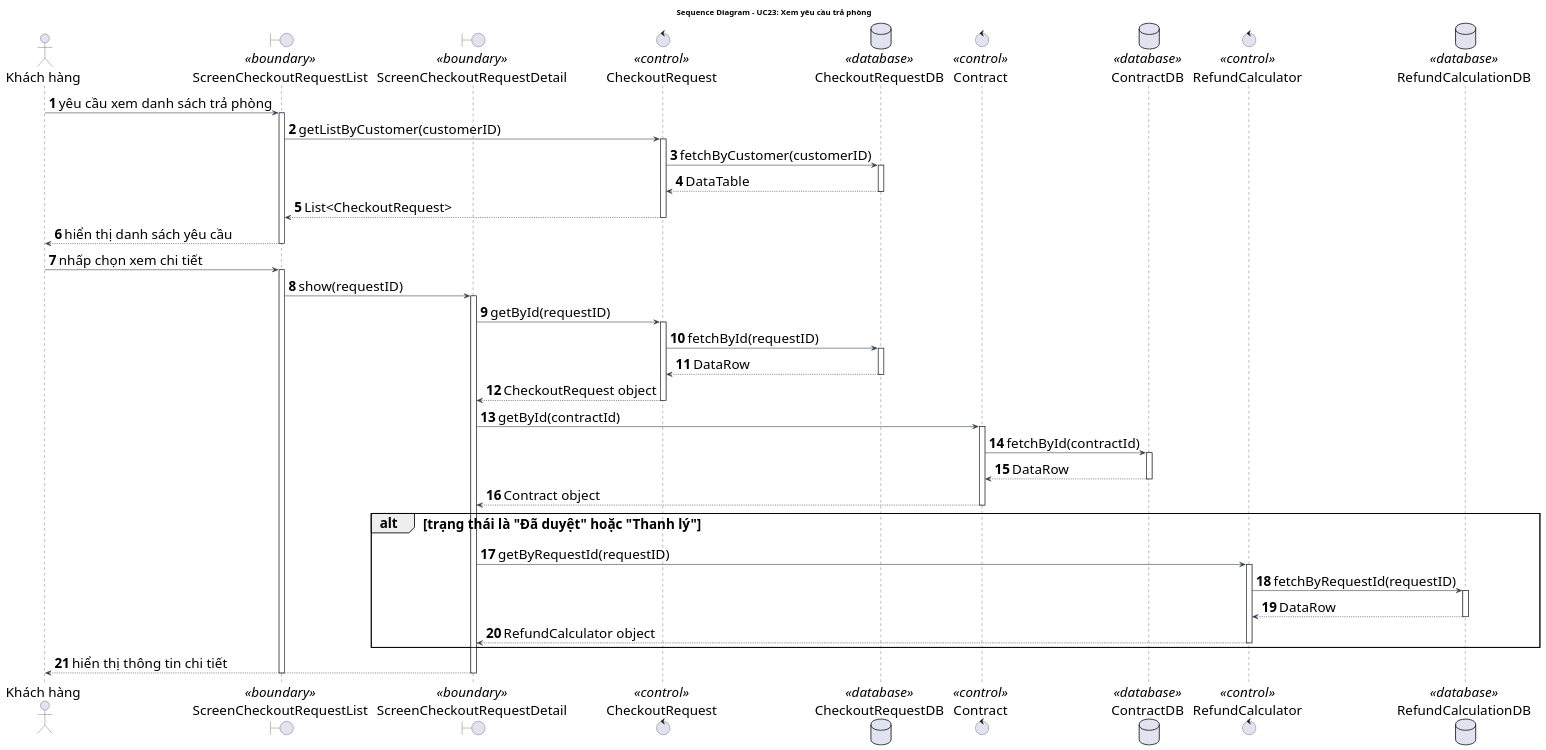
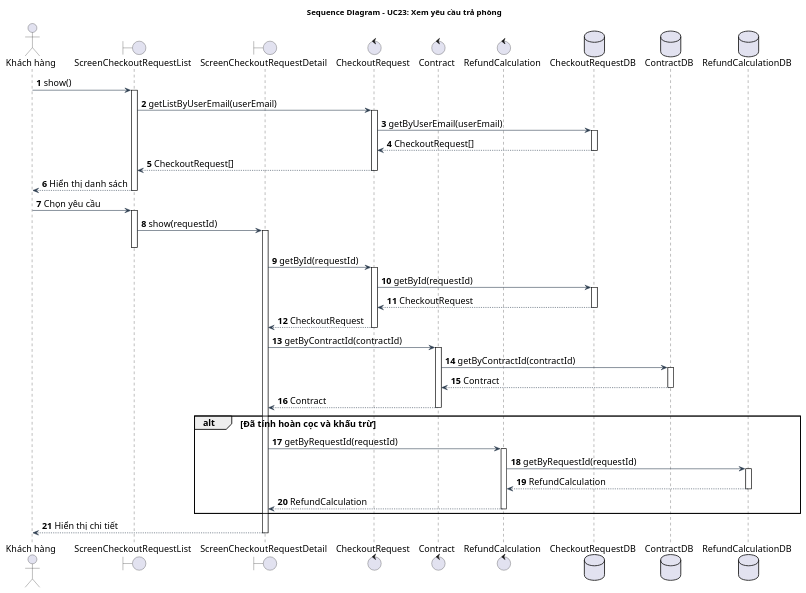
Before and after one commit to Gnourt812005/HCMUS-Analyze-and-desgin-IS: the diagram in doc/system/xem_yeu_cau_tra_phong/XemYeuCauTraPhong_SequenceDiagram.wsd, drawn with PlantUML. The commit also changed 9 other files, not shown here.

Commit message:
quangdo/diagrams: reviewed diagrams

```diff
--- a/doc/system/xem_yeu_cau_tra_phong/XemYeuCauTraPhong_SequenceDiagram.wsd
+++ b/doc/system/xem_yeu_cau_tra_phong/XemYeuCauTraPhong_SequenceDiagram.wsd
@@ -1,77 +1,76 @@
 @startuml XemYeuCauTraPhong_SequenceDiagram
 title Sequence Diagram - UC23: Xem yêu cầu trả phòng
 
-' --- STYLE CONFIGURATION ---
 skinparam {
     BackgroundColor White
     ArrowColor #2D3E50
     DefaultFontName "Arial"
-    DefaultFontSize 24
-    ParticipantPadding 20
-    BoxPadding 10
+    DefaultFontSize 16
+    ParticipantPadding 15
 }
-
-actor "Khách hàng" as Actor
-boundary "ScreenCheckoutRequestList" as ListScreen <<boundary>>
-boundary "ScreenCheckoutRequestDetail" as DetailScreen <<boundary>>
-control "CheckoutRequest" as BUS_Request <<control>>
-database "CheckoutRequestDB" as DB_Request <<database>>
-control "Contract" as BUS_Contract <<control>>
-database "ContractDB" as DB_Contract <<database>>
-control "RefundCalculator" as BUS_Calc <<control>>
-database "RefundCalculationDB" as DB_Calc <<database>>
 
 autonumber
 
-Actor -> ListScreen: yêu cầu xem danh sách trả phòng
-activate ListScreen
-ListScreen -> BUS_Request: getListByCustomer(customerID)
-activate BUS_Request
-BUS_Request -> DB_Request: fetchByCustomer(customerID)
-activate DB_Request
-DB_Request --> BUS_Request: DataTable
-deactivate DB_Request
-BUS_Request --> ListScreen: List<CheckoutRequest>
-deactivate BUS_Request
-ListScreen --> Actor: hiển thị danh sách yêu cầu
-deactivate ListScreen
+actor "Khách hàng" as customer
+boundary "ScreenCheckoutRequestList" as listScreen
+boundary "ScreenCheckoutRequestDetail" as detailScreen
+control "CheckoutRequest" as checkoutCtrl
+control "Contract" as contractCtrl
+control "RefundCalculation" as refundCtrl
+database "CheckoutRequestDB" as checkoutDb
+database "ContractDB" as contractDb
+database "RefundCalculationDB" as refundDb
 
-Actor -> ListScreen: nhấp chọn xem chi tiết
-activate ListScreen
-ListScreen -> DetailScreen: show(requestID)
-activate DetailScreen
+customer -> listScreen: show()
+activate listScreen
+listScreen -> checkoutCtrl: getListByUserEmail(userEmail)
+activate checkoutCtrl
+checkoutCtrl -> checkoutDb: getByUserEmail(userEmail)
+activate checkoutDb
+checkoutDb --> checkoutCtrl: CheckoutRequest[]
+deactivate checkoutDb
+checkoutCtrl --> listScreen: CheckoutRequest[]
+deactivate checkoutCtrl
 
-DetailScreen -> BUS_Request: getById(requestID)
-activate BUS_Request
-BUS_Request -> DB_Request: fetchById(requestID)
-activate DB_Request
-DB_Request --> BUS_Request: DataRow
-deactivate DB_Request
-BUS_Request --> DetailScreen: CheckoutRequest object
-deactivate BUS_Request
+listScreen --> customer: Hiển thị danh sách
+deactivate listScreen
 
-DetailScreen -> BUS_Contract: getById(contractId)
-activate BUS_Contract
-BUS_Contract -> DB_Contract: fetchById(contractId)
-activate DB_Contract
-DB_Contract --> BUS_Contract: DataRow
-deactivate DB_Contract
-BUS_Contract --> DetailScreen: Contract object
-deactivate BUS_Contract
+customer -> listScreen: Chọn yêu cầu
+activate listScreen
+listScreen -> detailScreen: show(requestId)
+activate detailScreen
+deactivate listScreen
+detailScreen -> checkoutCtrl: getById(requestId)
+activate checkoutCtrl
+checkoutCtrl -> checkoutDb: getById(requestId)
+activate checkoutDb
+checkoutDb --> checkoutCtrl: CheckoutRequest
+deactivate checkoutDb
+checkoutCtrl --> detailScreen: CheckoutRequest
+deactivate checkoutCtrl
 
-alt trạng thái là "Đã duyệt" hoặc "Thanh lý"
-    DetailScreen -> BUS_Calc: getByRequestId(requestID)
-    activate BUS_Calc
-    BUS_Calc -> DB_Calc: fetchByRequestId(requestID)
-    activate DB_Calc
-    DB_Calc --> BUS_Calc: DataRow
-    deactivate DB_Calc
-    BUS_Calc --> DetailScreen: RefundCalculator object
-    deactivate BUS_Calc
+detailScreen -> contractCtrl: getByContractId(contractId)
+activate contractCtrl
+contractCtrl -> contractDb: getByContractId(contractId)
+activate contractDb
+contractDb --> contractCtrl: Contract
+deactivate contractDb
+contractCtrl --> detailScreen: Contract
+deactivate contractCtrl
+
+alt Đã tính hoàn cọc và khấu trừ
+    detailScreen -> refundCtrl: getByRequestId(requestId)
+    activate refundCtrl
+    refundCtrl -> refundDb: getByRequestId(requestId)
+    activate refundDb
+    refundDb --> refundCtrl: RefundCalculation 
+    deactivate refundDb
+    refundCtrl --> detailScreen: RefundCalculation 
+    deactivate refundCtrl
 end
 
-DetailScreen --> Actor: hiển thị thông tin chi tiết
-deactivate DetailScreen
-deactivate ListScreen
+detailScreen --> customer: Hiển thị chi tiết
+deactivate detailScreen
+deactivate listScreen
 
 @enduml
```
